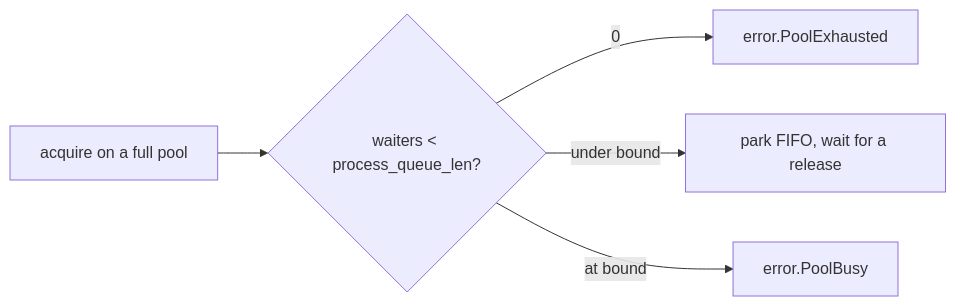
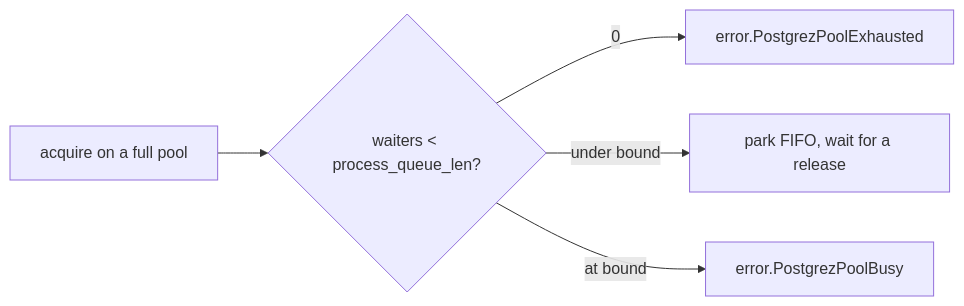
One commit to prothegee/zix changed the diagram in docs/driver/postgrez/config-en.md. Above: the diagram before and after it, drawn with Mermaid. The commit also changed other lines of this file and 410 other files, not shown here.

````diff
--- a/docs/driver/postgrez/config-en.md
+++ b/docs/driver/postgrez/config-en.md
@@ -80,7 +80,7 @@
 ```mermaid
 flowchart LR
     acq[acquire on a full pool] --> q{waiters < process_queue_len?}
-    q -->|0| shed0[error.PoolExhausted]
+    q -->|0| shed0[error.PostgrezPoolExhausted]
     q -->|under bound| park[park FIFO, wait for a release]
-    q -->|at bound| shed1[error.PoolBusy]
+    q -->|at bound| shed1[error.PostgrezPoolBusy]
 ```
````
